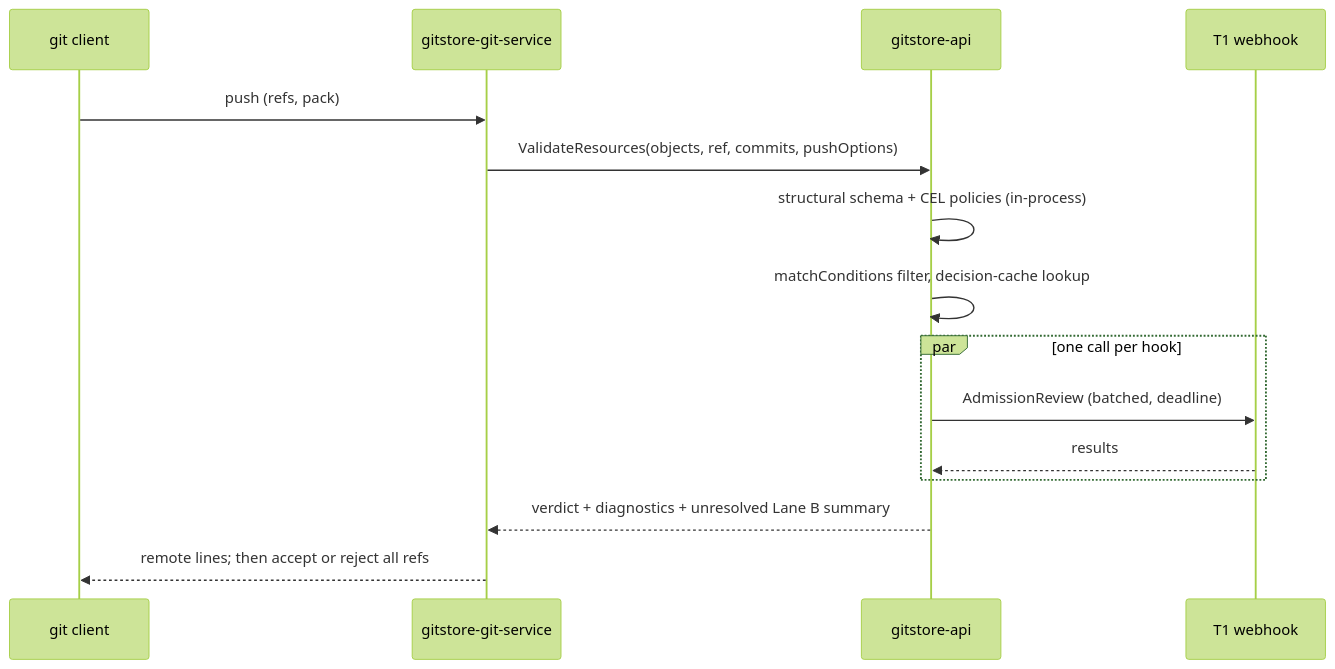
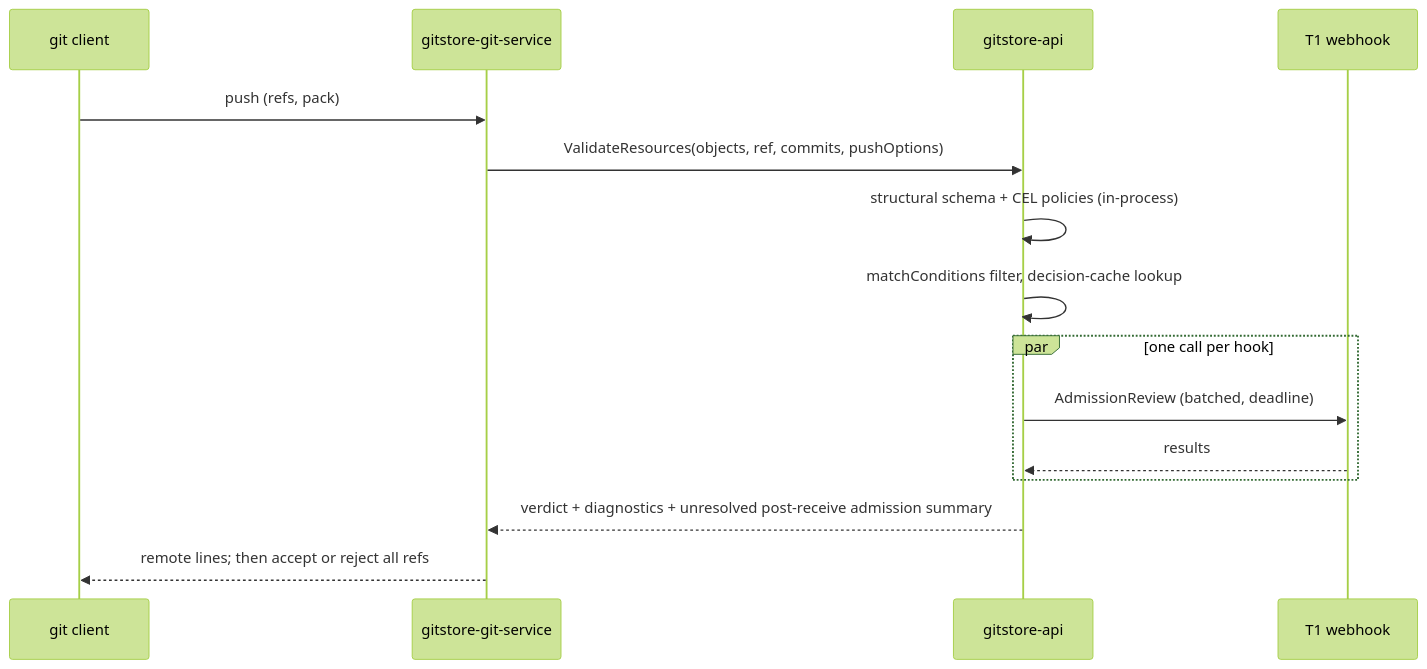
One commit to gitstore-dev/GitStore changed the diagram in docs/implementation/039-resource-lifecycle-hooks.md. Above: the diagram before and after it, drawn with Mermaid (forest theme). The commit also changed other lines of this file and 1 other file, not shown here.

Commit message:
docs(admission): replace lane labels with explicit execution phases

````diff
--- a/docs/implementation/039-resource-lifecycle-hooks.md
+++ b/docs/implementation/039-resource-lifecycle-hooks.md
@@ -307,17 +332,17 @@
 ```mermaid
 sequenceDiagram
   participant C as git client
   participant G as gitstore-git-service
   participant A as gitstore-api
   participant H as T1 webhook
   C->>G: push (refs, pack)
   G->>A: ValidateResources(objects, ref, commits, pushOptions)
   A->>A: structural schema + CEL policies (in-process)
   A->>A: matchConditions filter, decision-cache lookup
   par one call per hook
     A->>H: AdmissionReview (batched, deadline)
     H-->>A: results
   end
-  A-->>G: verdict + diagnostics + unresolved Lane B summary
+  A-->>G: verdict + diagnostics + unresolved post-receive admission summary
   G-->>C: remote lines#59; then accept or reject all refs
 ```
````
